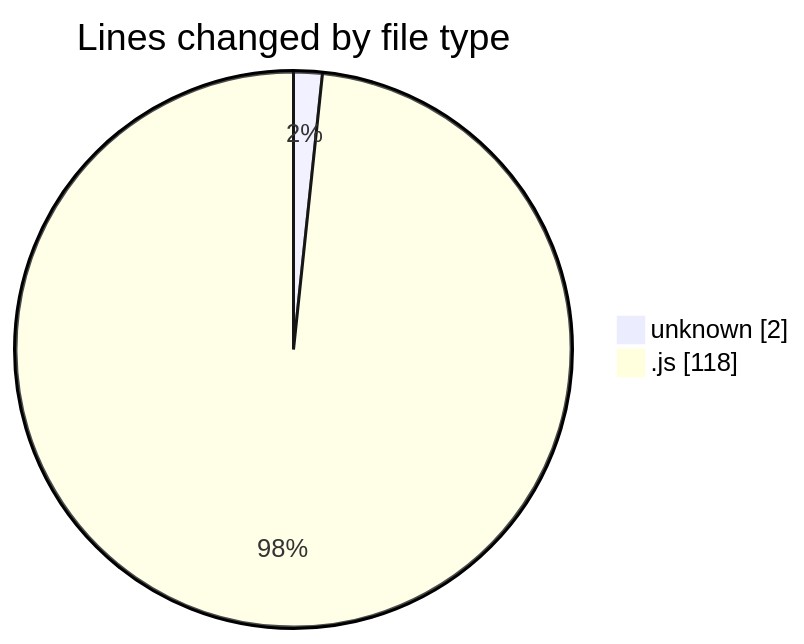
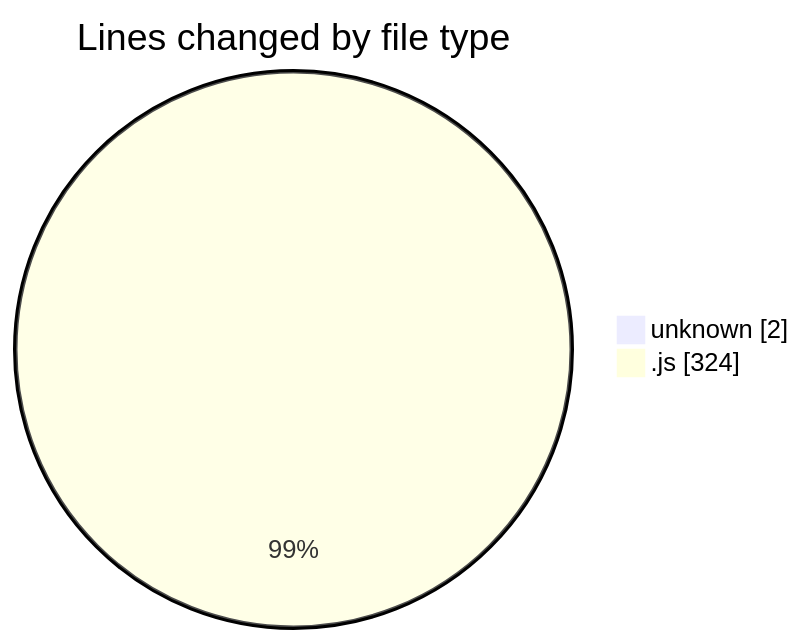
One commit to nxtqubesakshisongat/code-tracking changed the first of 2 diagrams in 2026-04-26/calcapp/README.md. Above: the diagram before and after it, drawn with Mermaid. The commit also changed other lines of this file and 1 other file, not shown here.

````diff
--- a/2026-04-26/calcapp/README.md
+++ b/2026-04-26/calcapp/README.md
@@ -21,6 +22,6 @@
 ```mermaid
 pie showData
 title Lines changed by file type
 "unknown" : 2
-".js" : 118
+".js" : 324
 ```
````
